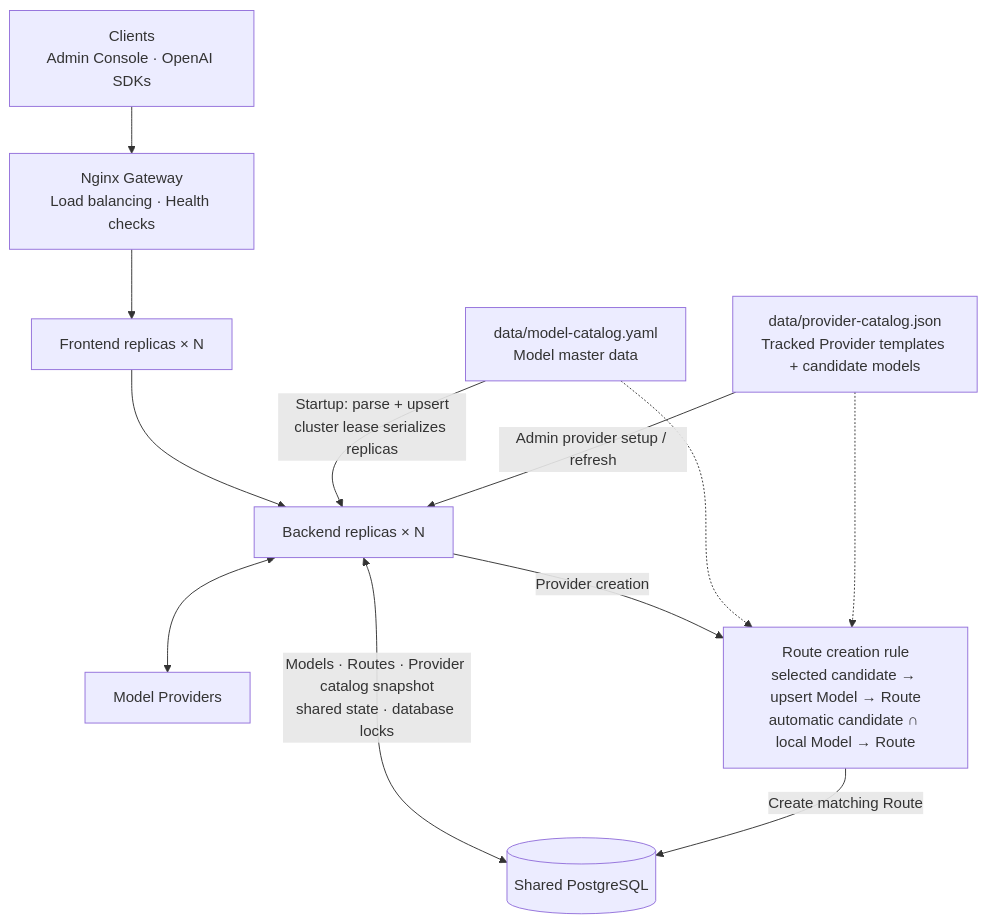
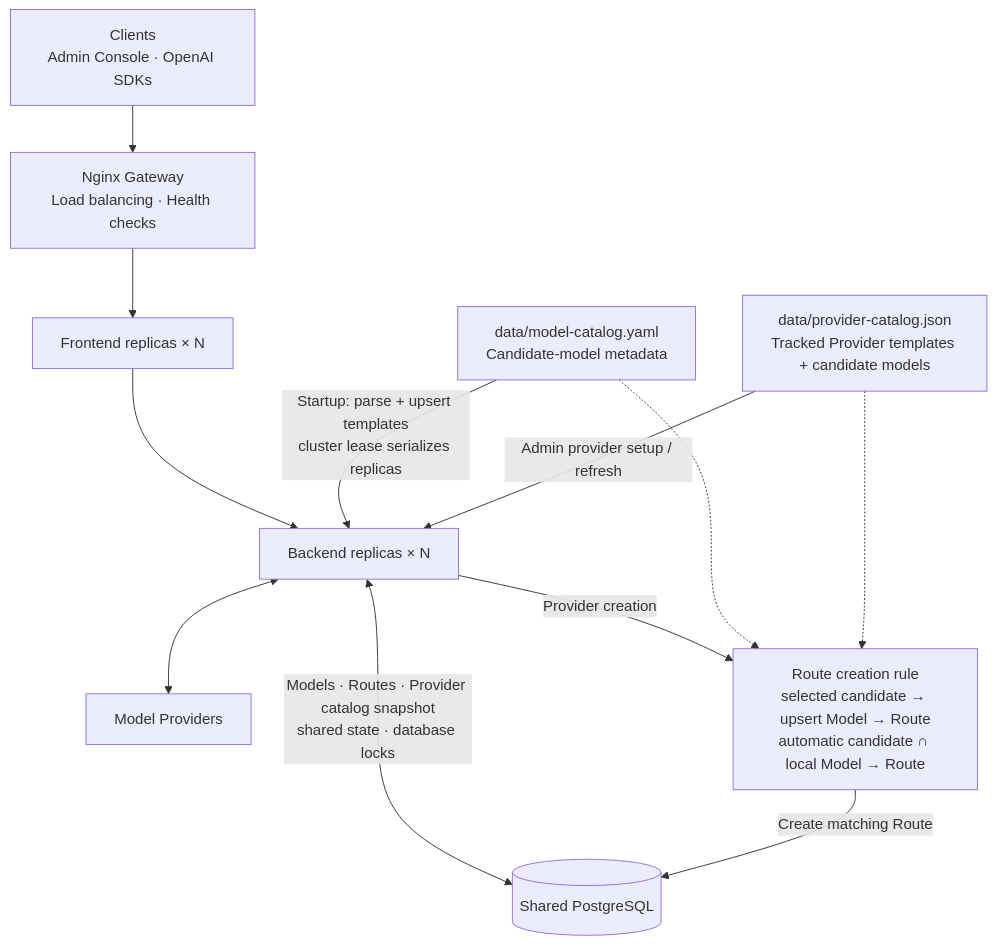
Before and after one commit to IIXINGCHEN/TokenHub: the diagram in docs/deployment.md, drawn with Mermaid. The commit also changed other lines of this file and 30 other files, not shown here.

````diff
--- a/docs/deployment.md
+++ b/docs/deployment.md
@@ -53,16 +53,16 @@
 ```mermaid
 flowchart TB
     clients["Clients<br/>Admin Console · OpenAI SDKs"] --> nginx["Nginx Gateway<br/>Load balancing · Health checks"]
     nginx --> frontend["Frontend replicas × N"]
     frontend --> backend["Backend replicas × N"]
     backend <--> providers["Model Providers"]
 
-    local["data/model-catalog.yaml<br/>Model master data"] -->|"Startup: parse + upsert<br/>cluster lease serializes replicas"| backend
+    local["data/model-catalog.yaml<br/>Candidate-model metadata"] -->|"Startup: parse + upsert templates<br/>cluster lease serializes replicas"| backend
     providerCatalog["data/provider-catalog.json<br/>Tracked Provider templates + candidate models"] -->|"Admin provider setup / refresh"| backend
     backend <-->|"Models · Routes · Provider catalog snapshot<br/>shared state · database locks"| postgres[("Shared PostgreSQL")]
 
     backend -->|"Provider creation"| rule["Route creation rule<br/>selected candidate → upsert Model → Route<br/>automatic candidate ∩ local Model → Route"]
     local -.-> rule
     providerCatalog -.-> rule
     rule -->|"Create matching Route"| postgres
 ```
````
